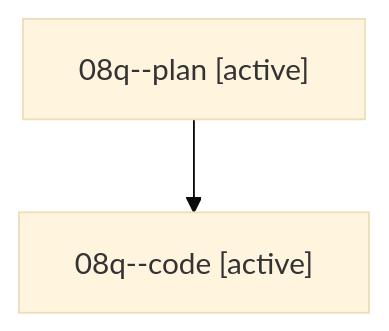
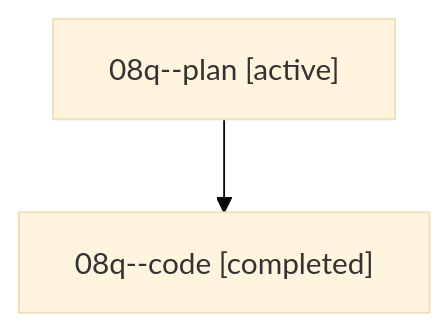
The diagram in families/bbugyi200.athena.08q.md (sase-org/sase--agents), drawn with Mermaid (base theme) before and after one commit. The commit also changed other lines of this file and 35830 other files, not shown here.

````diff
--- a/families/bbugyi200.athena.08q.md
+++ b/families/bbugyi200.athena.08q.md
@@ -9,6 +9,6 @@
 ```mermaid
 flowchart TD
   n0["08q--plan [active]"]
-  n1["08q--code [active]"]
+  n1["08q--code [completed]"]
   n0 --> n1
 ```
````
